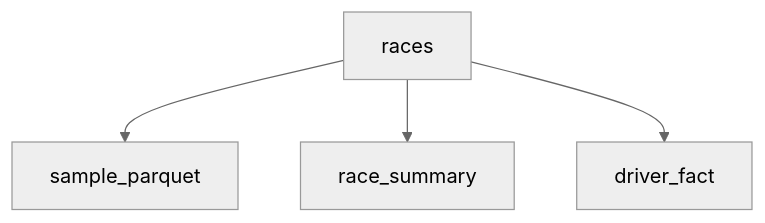
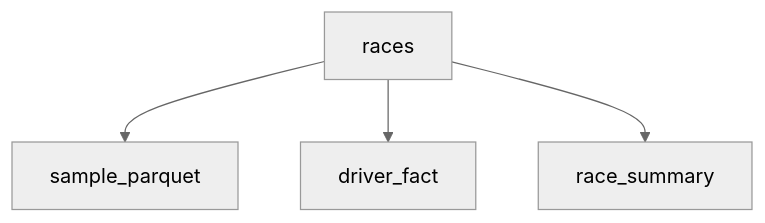
One commit to definite-app/crabwalk changed the diagram in examples/race_data/lineage.mmd. Above: the diagram before and after it, drawn with Mermaid (neutral theme). The commit also changed other lines of this file and 4 other files, not shown here.

First line of the commit message:
Update lineage diagrams and database schemas

```diff
--- a/examples/race_data/lineage.mmd
+++ b/examples/race_data/lineage.mmd
@@ -1,8 +1,8 @@
 graph TD
+    sample_parquet
+    driver_fact
     races
-    sample_parquet
     race_summary
-    driver_fact
     races --> sample_parquet
+    races --> driver_fact
     races --> race_summary
-    races --> driver_fact
```
